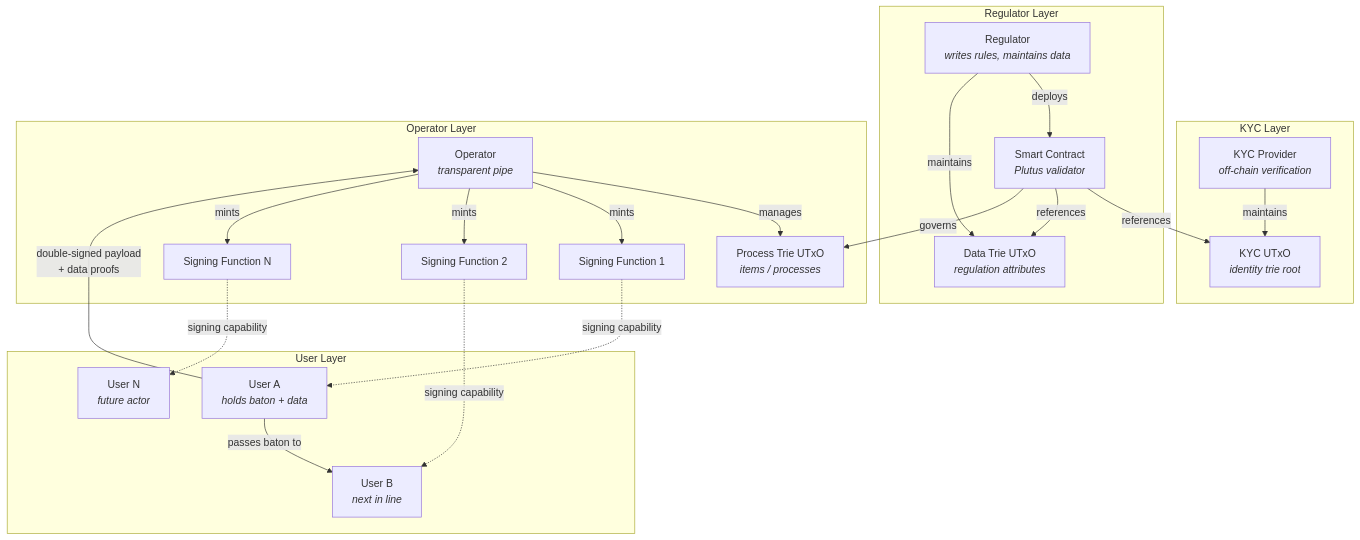
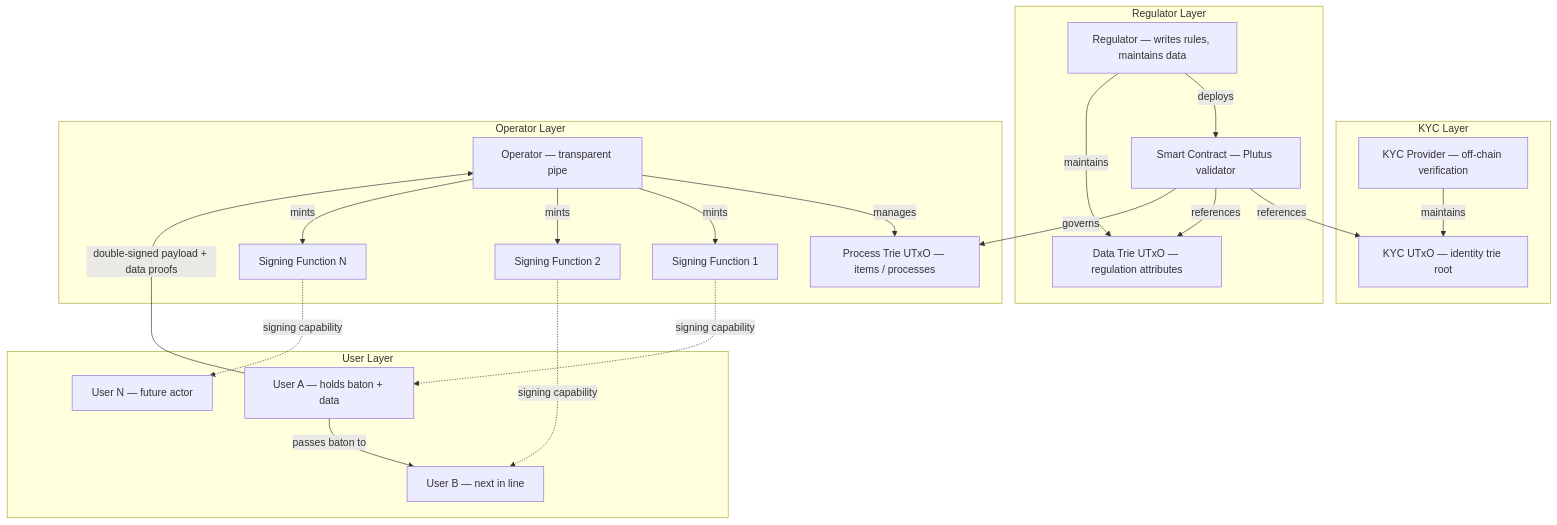
One commit to lambdasistemi/cardano-for-regulators changed diagram 19 of 19 in docs/framework/schema.md. Above: the diagram before and after it, drawn with Mermaid. The commit also changed other lines of this file and 1 other file, not shown here.

First line of the commit message:
fix: replace HTML tags in mermaid node labels with plain text

````diff
--- a/docs/framework/schema.md
+++ b/docs/framework/schema.md
@@ -735,44 +735,44 @@
 ```mermaid
 graph TB
     subgraph KYC Layer
-        KYC_P[KYC Provider<br/><i>off-chain verification</i>]
-        KYC_UTxO[KYC UTxO<br/><i>identity trie root</i>]
+        KYC_P["KYC Provider — off-chain verification"]
+        KYC_UTxO["KYC UTxO — identity trie root"]
         KYC_P -->|maintains| KYC_UTxO
     end
 
     subgraph Regulator Layer
-        REG[Regulator<br/><i>writes rules, maintains data</i>]
-        SC[Smart Contract<br/><i>Plutus validator</i>]
-        DT[Data Trie UTxO<br/><i>regulation attributes</i>]
+        REG["Regulator — writes rules, maintains data"]
+        SC["Smart Contract — Plutus validator"]
+        DT["Data Trie UTxO — regulation attributes"]
         REG -->|deploys| SC
         REG -->|maintains| DT
         SC -->|references| KYC_UTxO
         SC -->|references| DT
     end
 
     subgraph Operator Layer
-        OP[Operator<br/><i>transparent pipe</i>]
-        TRIE[Process Trie UTxO<br/><i>items / processes</i>]
+        OP["Operator — transparent pipe"]
+        TRIE["Process Trie UTxO — items / processes"]
         SF1[Signing Function 1]
         SF2[Signing Function 2]
         SF3[Signing Function N]
         OP -->|manages| TRIE
         OP -->|mints| SF1
         OP -->|mints| SF2
         OP -->|mints| SF3
         SC -->|governs| TRIE
     end
 
     subgraph User Layer
-        U1[User A<br/><i>holds baton + data</i>]
-        U2[User B<br/><i>next in line</i>]
-        U3[User N<br/><i>future actor</i>]
+        U1["User A — holds baton + data"]
+        U2["User B — next in line"]
+        U3["User N — future actor"]
     end
 
     SF1 -.->|signing capability| U1
     SF2 -.->|signing capability| U2
     SF3 -.->|signing capability| U3
 
-    U1 -->|double-signed payload<br/>+ data proofs| OP
+    U1 -->|double-signed payload + data proofs| OP
     U1 -->|passes baton to| U2
 ```
````
